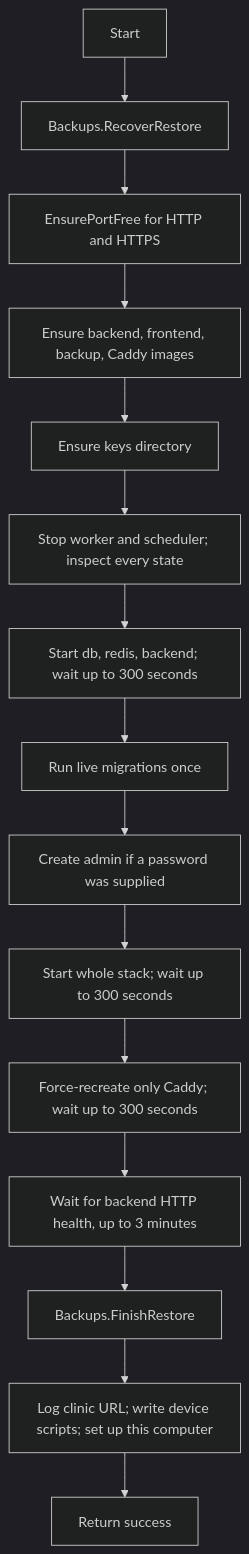
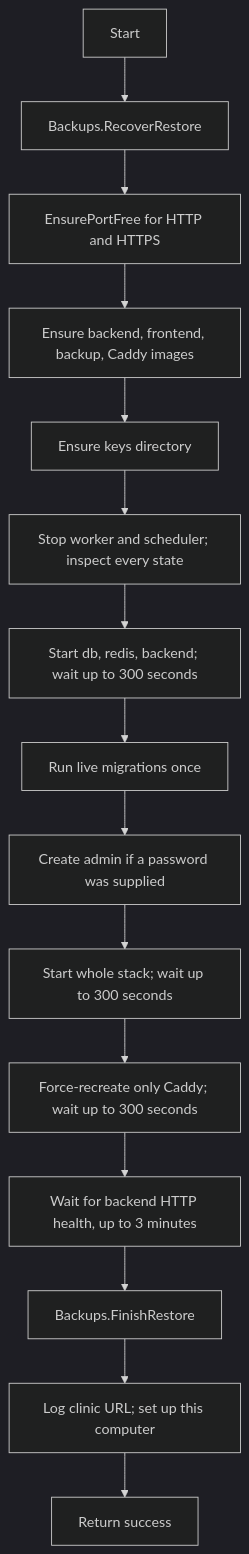
Before and after one commit to ohcnetwork/care_desktop: the sixth of 6 diagrams in docs/clinic-lifecycle.md, drawn with Mermaid (dark theme). The commit also changed other lines of this file and 50 other files, not shown here.

````diff
--- a/docs/clinic-lifecycle.md
+++ b/docs/clinic-lifecycle.md
@@ -678,17 +685,17 @@
 ```mermaid
 flowchart TD
     Begin["Start"] --> Recover["Backups.RecoverRestore"]
     Recover --> Ports["EnsurePortFree for HTTP and HTTPS"]
     Ports --> Images["Ensure backend, frontend, backup, Caddy images"]
     Images --> Keys["Ensure keys directory"]
     Keys --> Pause["Stop worker and scheduler; inspect every state"]
     Pause --> Core["Start db, redis, backend; wait up to 300 seconds"]
     Core --> Migrate["Run live migrations once"]
     Migrate --> Admin["Create admin if a password was supplied"]
     Admin --> All["Start whole stack; wait up to 300 seconds"]
     All --> Proxy["Force-recreate only Caddy; wait up to 300 seconds"]
     Proxy --> Health["Wait for backend HTTP health, up to 3 minutes"]
     Health --> Finish["Backups.FinishRestore"]
-    Finish --> Local["Log clinic URL; write device scripts; set up this computer"]
+    Finish --> Local["Log clinic URL; set up this computer"]
     Local --> Done["Return success"]
 ```
````
